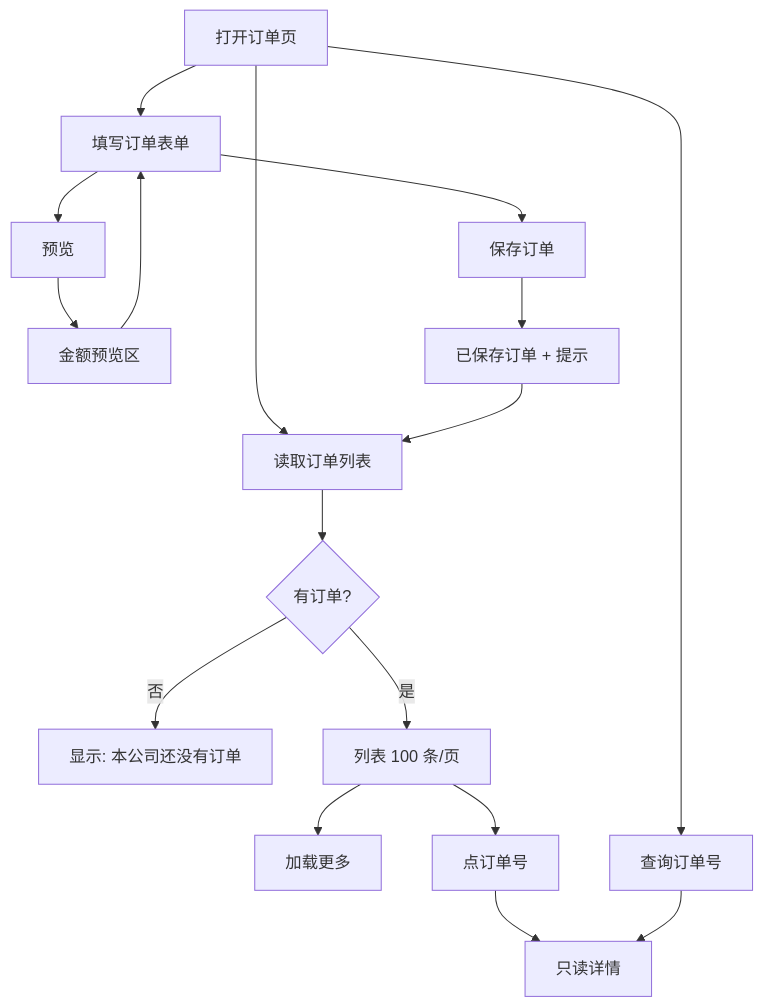
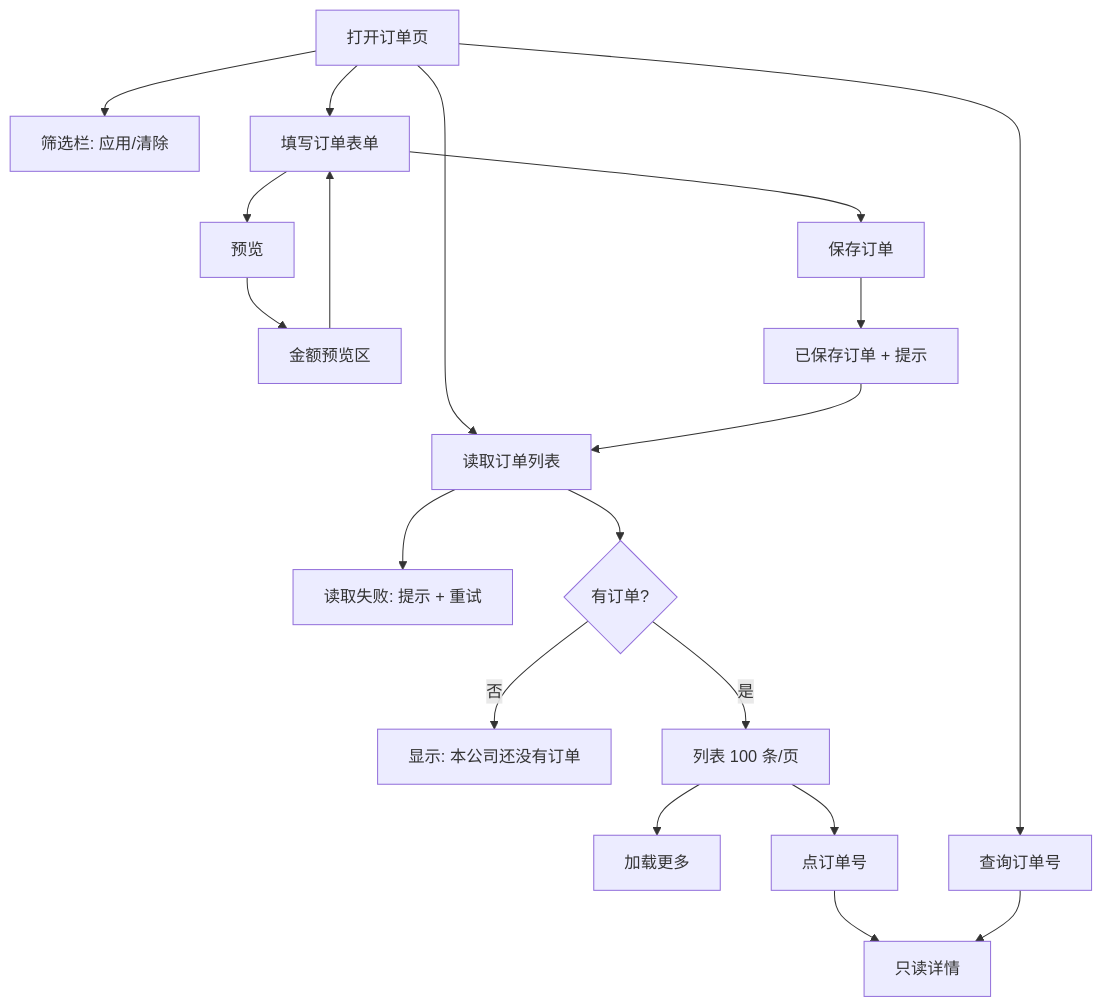
The first of 4 diagrams in docs/flows/trade-order-flow.md (lingshf/ai-native-erp), drawn with Mermaid before and after one commit. The commit also changed other lines of this file and 8 other files, not shown here.

First line of the commit message:
docs: v0.7.0 发布候选（CHANGELOG、Release 说明、用户文档、流程图） (#163)

````diff
--- a/docs/flows/trade-order-flow.md
+++ b/docs/flows/trade-order-flow.md
@@ -7,19 +7,21 @@
 ```mermaid
 flowchart TD
   A[打开订单页] --> B[读取订单列表]
+  B --> R[读取失败: 提示 + 重试]
   B --> C{有订单?}
   C -- 否 --> D[显示: 本公司还没有订单]
   C -- 是 --> E[列表 100 条/页]
   E --> F[加载更多]
+  A --> P[筛选栏: 应用/清除]
   A --> G[填写订单表单]
   G --> H[预览]
   H --> I[金额预览区]
   I --> G
   G --> J[保存订单]
   J --> K[已保存订单 + 提示]
   K --> B
   E --> L[点订单号]
   L --> M[只读详情]
   A --> N[查询订单号]
   N --> M
 ```
````
